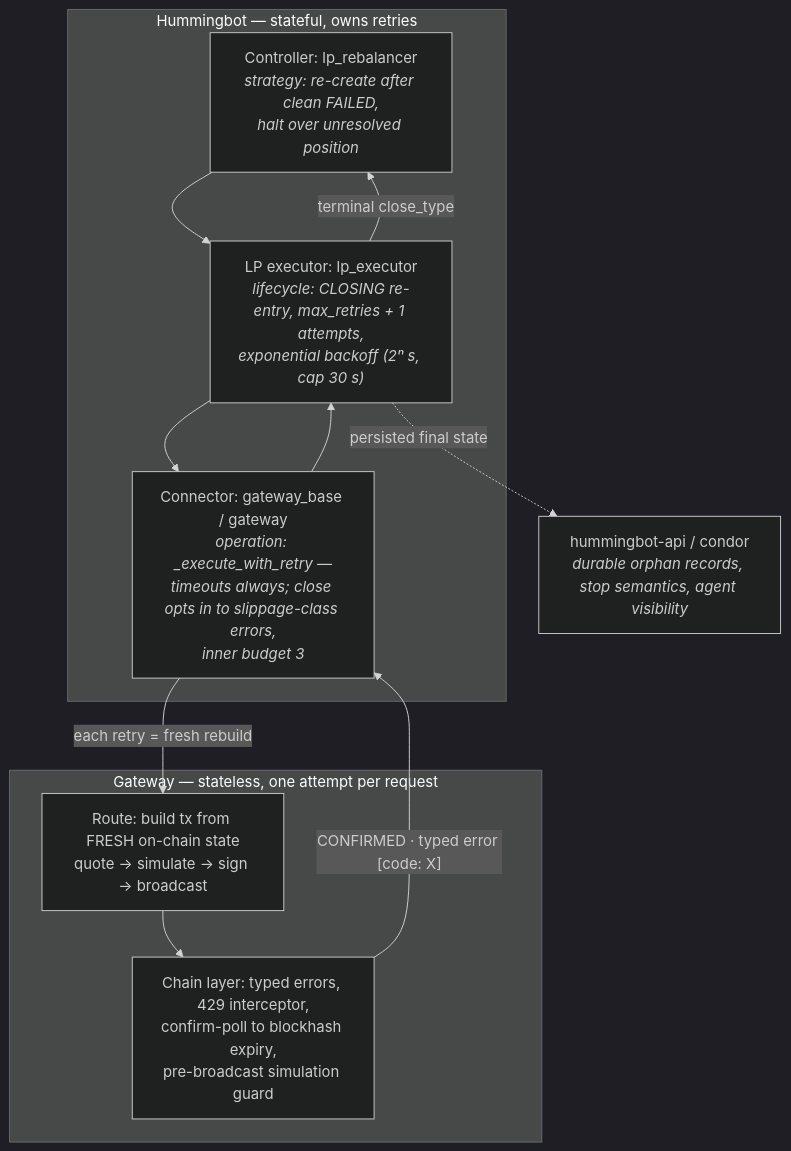
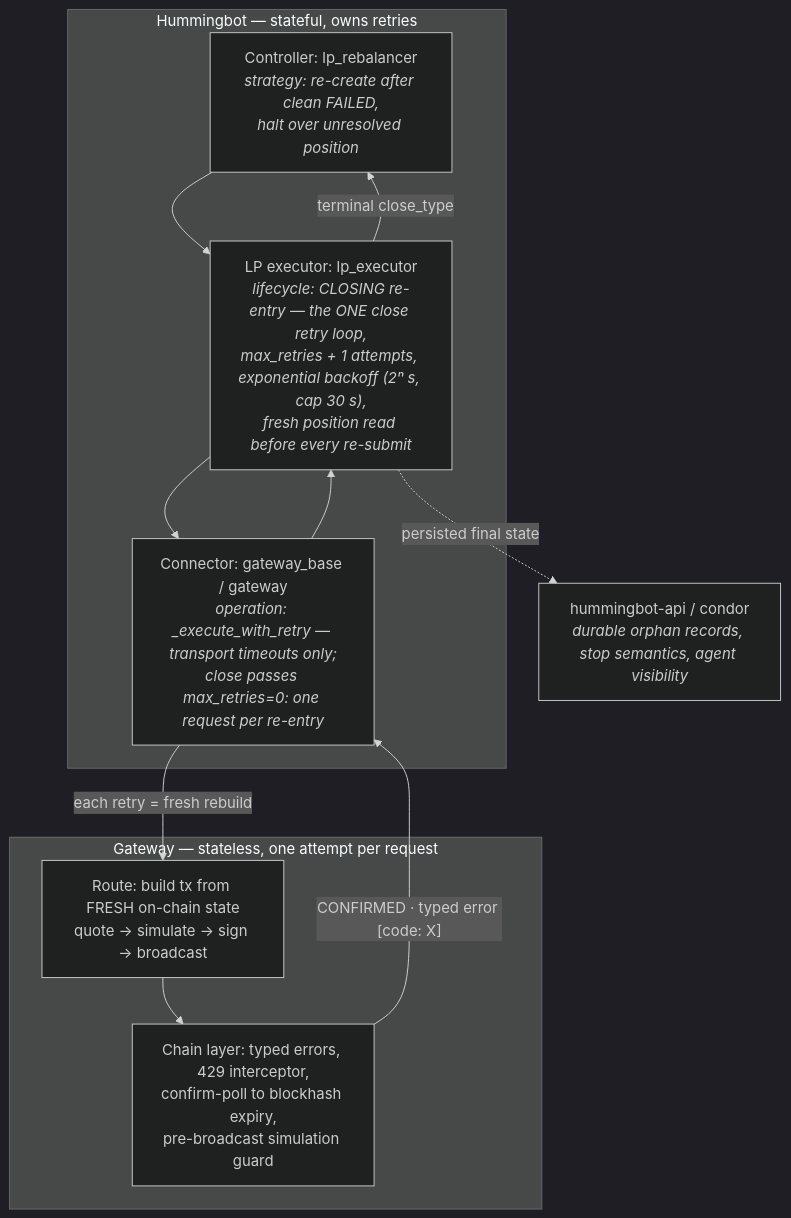
Before and after one commit to hummingbot/gateway: the first of 5 diagrams in docs/retry-architecture.md, drawn with Mermaid (dark theme). The commit also changed other lines of this file, not shown here.

First line of the commit message:
docs: single close-retry loop; unified poll contract

````diff
--- a/docs/retry-architecture.md
+++ b/docs/retry-architecture.md
@@ -19,21 +19,21 @@
 ```mermaid
 flowchart TB
     subgraph HB["Hummingbot — stateful, owns retries"]
         C["Controller: lp_rebalancer<br/><i>strategy: re-create after clean FAILED,<br/>halt over unresolved position</i>"]
-        E["LP executor: lp_executor<br/><i>lifecycle: CLOSING re-entry, max_retries + 1 attempts,<br/>exponential backoff (2ⁿ s, cap 30 s)</i>"]
-        K["Connector: gateway_base / gateway<br/><i>operation: _execute_with_retry —<br/>timeouts always; close opts in to slippage-class errors,<br/>inner budget 3</i>"]
+        E["LP executor: lp_executor<br/><i>lifecycle: CLOSING re-entry — the ONE close retry loop,<br/>max_retries + 1 attempts, exponential backoff (2ⁿ s, cap 30 s),<br/>fresh position read before every re-submit</i>"]
+        K["Connector: gateway_base / gateway<br/><i>operation: _execute_with_retry — transport timeouts only;<br/>close passes max_retries=0: one request per re-entry</i>"]
     end
     subgraph GW["Gateway — stateless, one attempt per request"]
         R["Route: build tx from FRESH on-chain state<br/>quote → simulate → sign → broadcast"]
         S["Chain layer: typed errors, 429 interceptor,<br/>confirm-poll to blockhash expiry,<br/>pre-broadcast simulation guard"]
     end
     A["hummingbot-api / condor<br/><i>durable orphan records, stop semantics, agent visibility</i>"]
     C --> E
     E --> K
     K -->|"each retry = fresh rebuild"| R
     R --> S
     S -->|"CONFIRMED · typed error [code: X]"| K
     K --> E
     E -->|terminal close_type| C
     E -.->|persisted final state| A
 ```
````
